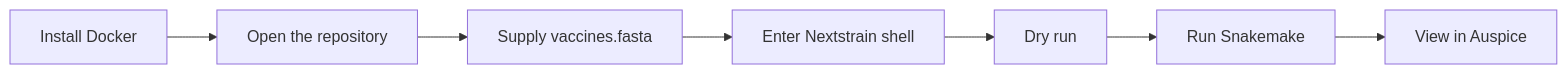
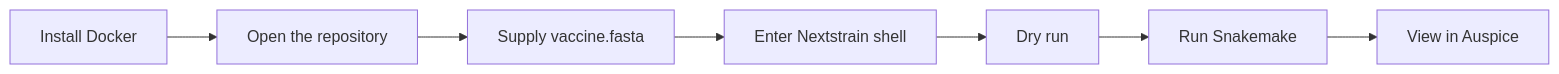
The first of 2 diagrams in tutorial/tutorial-slides.qmd (Pekosz-Lab/nextstrain), drawn with Mermaid before and after one commit. The commit also changed other lines of this file and 11 other files, not shown here.

Commit message:
script comments and README vaccines.fasta input typo corrected to vaccine.fasta

````diff
--- a/tutorial/tutorial-slides.qmd
+++ b/tutorial/tutorial-slides.qmd
@@ -35,9 +35,9 @@
 ```{mermaid}
 flowchart LR
     A[Install Docker] --> B[Open the repository]
-    B --> C[Supply vaccines.fasta]
+    B --> C[Supply vaccine.fasta]
     C --> D[Enter Nextstrain shell]
     D --> E[Dry run]
     E --> F[Run Snakemake]
     F --> G[View in Auspice]
 ```
````
